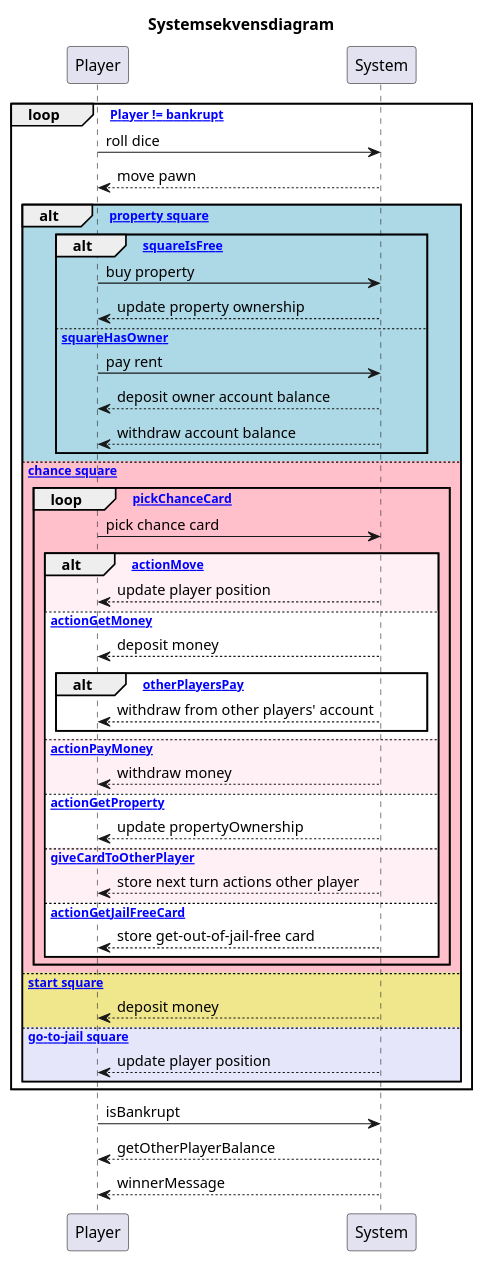
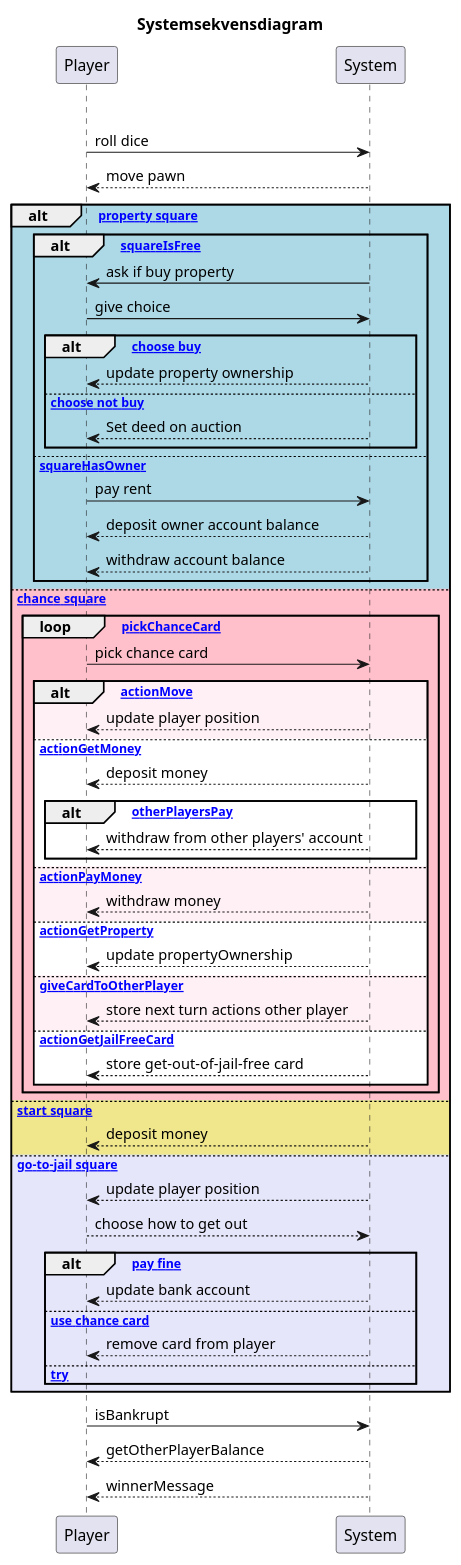
Before and after one commit to hellomelissaw/Matador: the diagram in Diagrams/SystemSequence.puml, drawn with PlantUML. The commit also changed 5 other files, not shown here.

Commit message:
Adding methods to buy house and get amount of buildingsf

```diff
--- a/Diagrams/SystemSequence.puml
+++ b/Diagrams/SystemSequence.puml
@@ -1,67 +1,78 @@
 @startuml
 title Systemsekvensdiagram
 
 
 participant Player
 participant System
 
 
 
 loop [while Player != bankrupt]
   Player -> System : roll dice
   System  --> Player : move pawn
   alt #LightBlue [if property square]
   alt [if squareIsFree]
-  Player -> System : buy property
+  System -> Player : ask if buy property
+  Player -> System : give choice
+  alt [if choose buy]
   System --> Player : update property ownership
+  else [if choose not buy]
+  System --> Player : Set deed on auction
+  end
 
   else [if squareHasOwner]
     Player -> System : pay rent
   System --> Player : deposit owner account balance
 
   System --> Player : withdraw account balance
 end
   else #Pink [if chance square]
 
   loop [while pickChanceCard]
       Player -> System : pick chance card
       alt #LavenderBlush [if actionMove]
         System --> Player : update player position
 
       else #White [if actionGetMoney]
         System --> Player : deposit money
         alt [if otherPlayersPay]
         System --> Player : withdraw from other players' account
         end
 
       else [if actionPayMoney]
          System --> Player : withdraw money
 
       else #White [if actionGetProperty]
         System --> Player : update propertyOwnership
 
       else [if giveCardToOtherPlayer]
         System --> Player : store next turn actions other player
 
        else #White [if actionGetJailFreeCard]
               System --> Player : store get-out-of-jail-free card
        end
 
     end
 
     else #Khaki [if start square]
       System --> Player : deposit money
 
     else #Lavender [if go-to-jail square]
       System --> Player : update player position
-
+      Player --> System : choose how to get out
+      alt [if pay fine]
+      System --> Player : update bank account
+      else [if use chance card]
+      System --> Player : remove card from player
+      else [if try ]
+      end
 
     end
-  end
+
 
 Player -> System : isBankrupt
 System --> Player : getOtherPlayerBalance
 System --> Player : winnerMessage
 
 
 @enduml
```
